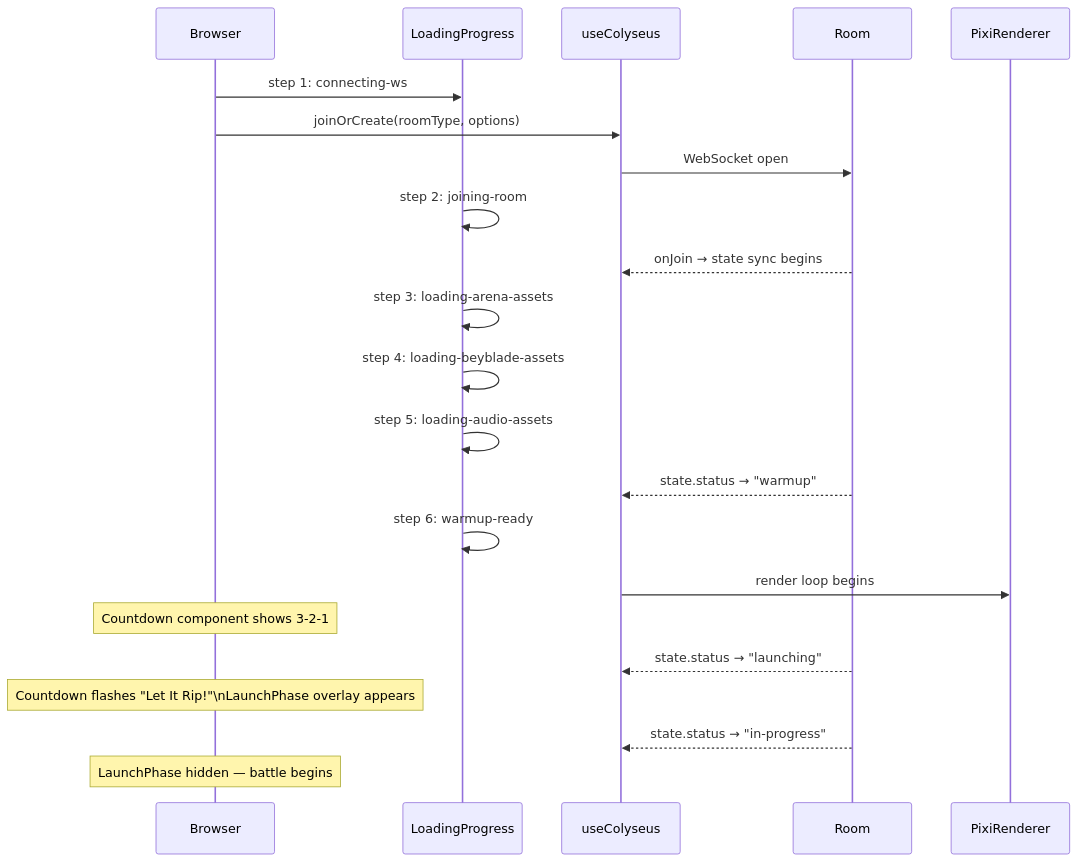
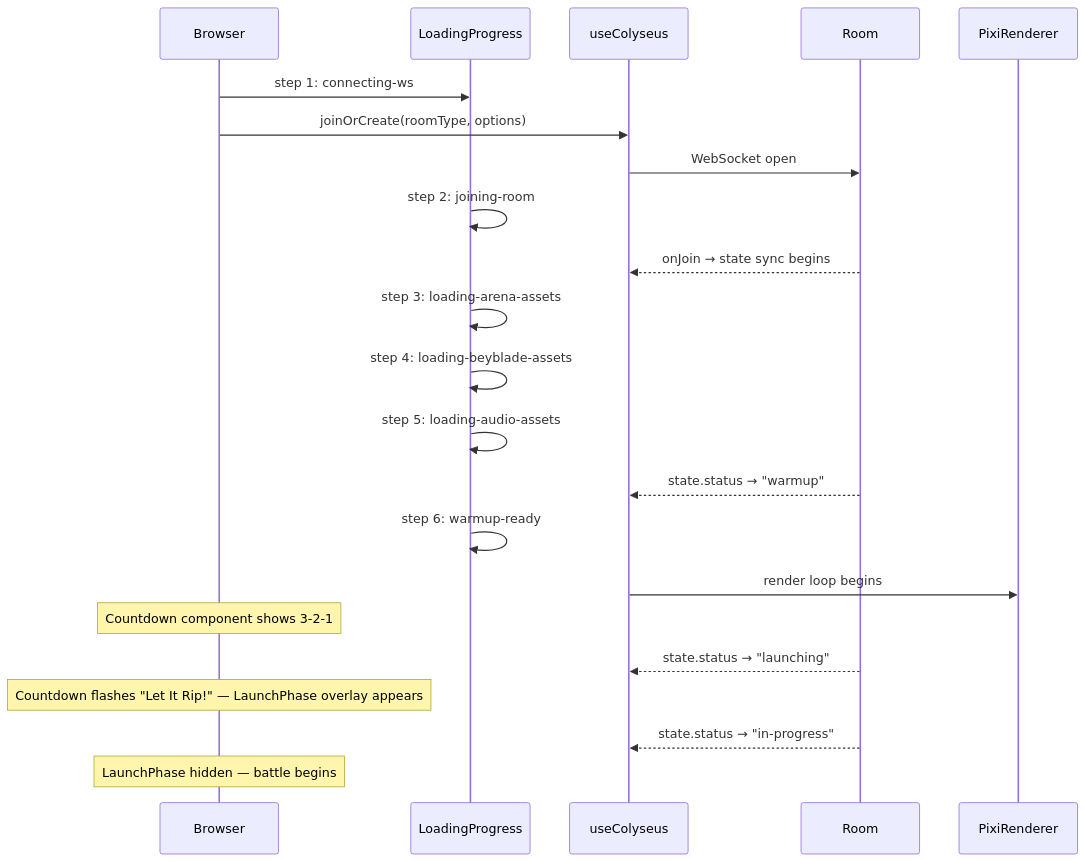
Before and after one commit to mohasinac/2.5D-Game: the fifth of 5 diagrams in research/diagrams/diagram-sequence-launch.md, drawn with Mermaid. The commit also changed other lines of this file and 80 other files, not shown here.

````diff
--- a/research/diagrams/diagram-sequence-launch.md
+++ b/research/diagrams/diagram-sequence-launch.md
@@ -162,25 +162,25 @@
 ```mermaid
 sequenceDiagram
   participant Browser
   participant LoadingProgress
   participant useColyseus
   participant Room
   participant PixiRenderer
 
   Browser->>LoadingProgress: step 1: connecting-ws
   Browser->>useColyseus: joinOrCreate(roomType, options)
   useColyseus->>Room: WebSocket open
   LoadingProgress->>LoadingProgress: step 2: joining-room
   Room-->>useColyseus: onJoin → state sync begins
   LoadingProgress->>LoadingProgress: step 3: loading-arena-assets
   LoadingProgress->>LoadingProgress: step 4: loading-beyblade-assets
   LoadingProgress->>LoadingProgress: step 5: loading-audio-assets
   Room-->>useColyseus: state.status → "warmup"
   LoadingProgress->>LoadingProgress: step 6: warmup-ready
   useColyseus->>PixiRenderer: render loop begins
   Note over Browser: Countdown component shows 3-2-1
   Room-->>useColyseus: state.status → "launching"
-  Note over Browser: Countdown flashes "Let It Rip!"\nLaunchPhase overlay appears
+  Note over Browser: Countdown flashes "Let It Rip!" — LaunchPhase overlay appears
   Room-->>useColyseus: state.status → "in-progress"
   Note over Browser: LaunchPhase hidden — battle begins
 ```
````
